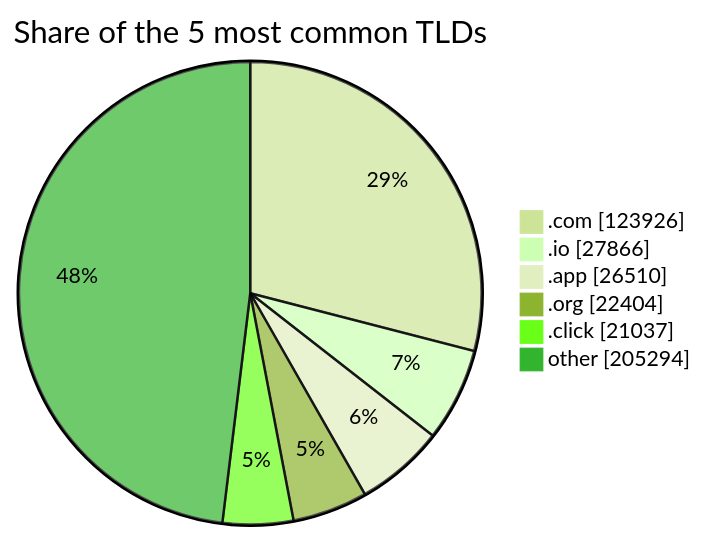
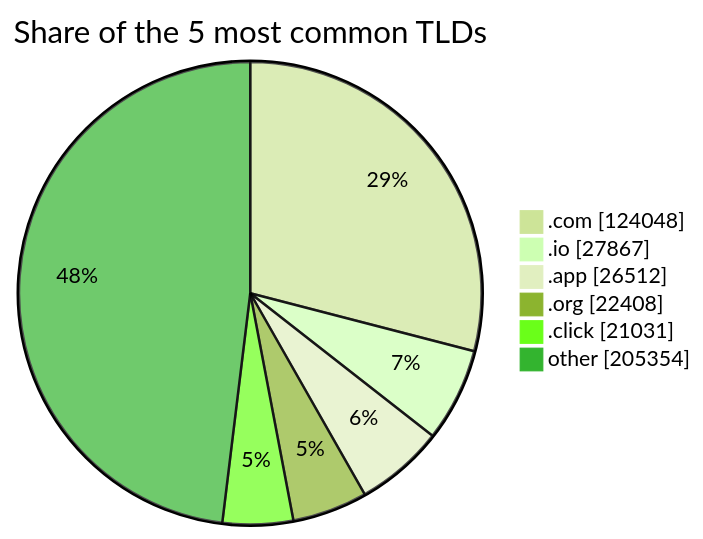
Before and after one commit to DNSBunker/CTI: the third of 3 diagrams in README.md, drawn with Mermaid (forest theme). The commit also changed other lines of this file and 3 other files, not shown here.

````diff
--- a/README.md
+++ b/README.md
@@ -81,9 +81,9 @@
 ```mermaid
 pie showData title Share of the 5 most common TLDs
-    ".com" : 123926
-    ".io" : 27866
-    ".app" : 26510
-    ".org" : 22404
-    ".click" : 21037
-    "other" : 205294
+    ".com" : 124048
+    ".io" : 27867
+    ".app" : 26512
+    ".org" : 22408
+    ".click" : 21031
+    "other" : 205354
 ```
````
